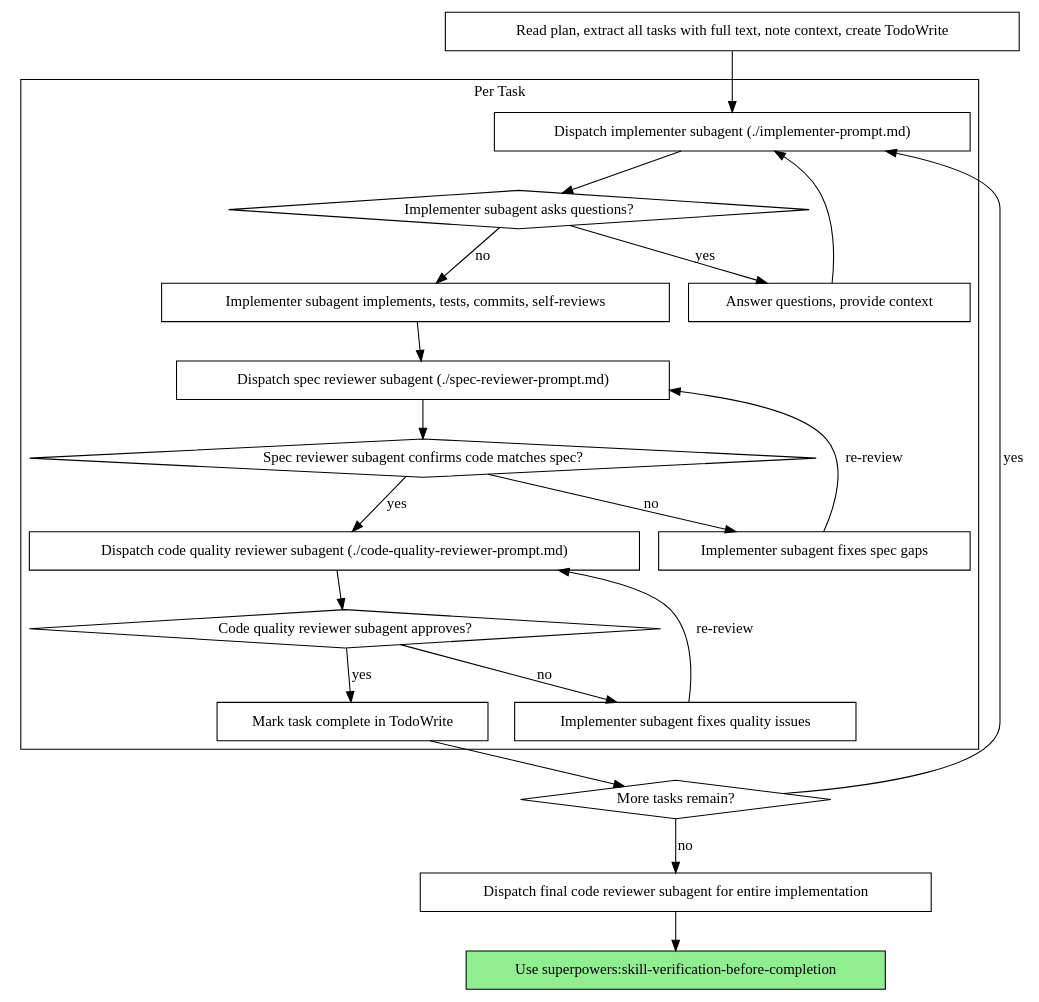
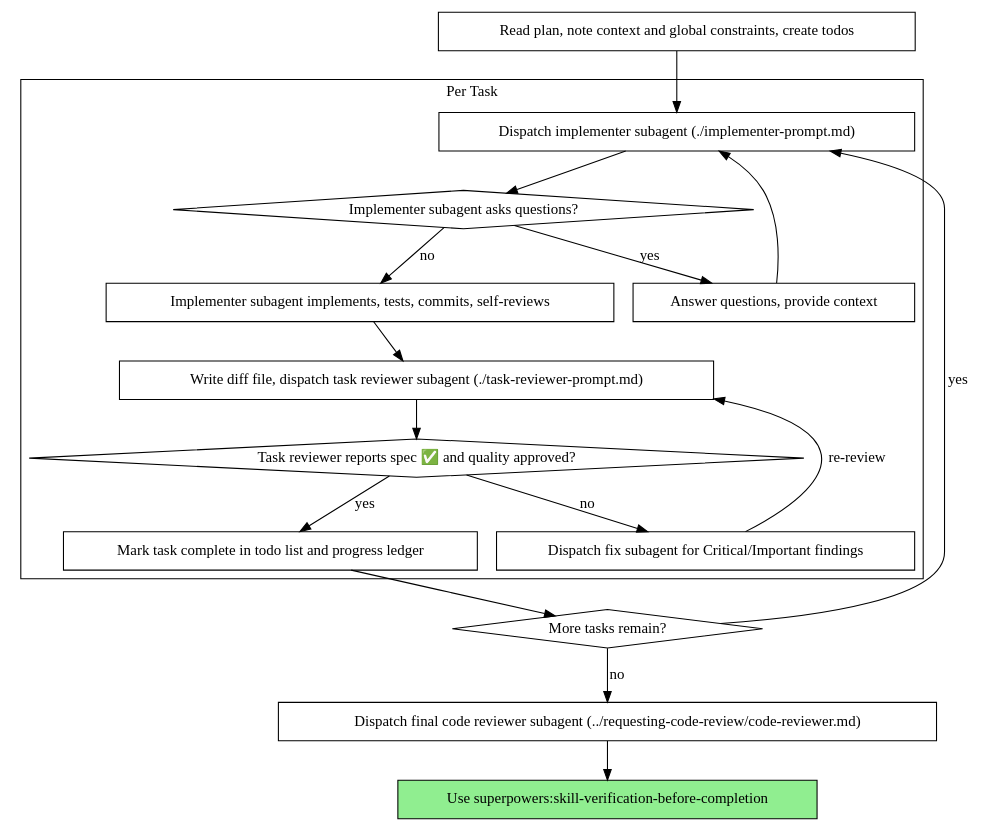
One commit to longdang193/project-OS-starter changed the second of 2 diagrams in .agents/skills/skill-subagent-driven-development/SKILL.md. Above: the diagram before and after it, drawn with Graphviz. The commit also changed other lines of this file and 210 other files, not shown here.

````diff
--- a/.agents/skills/skill-subagent-driven-development/SKILL.md
+++ b/.agents/skills/skill-subagent-driven-development/SKILL.md
@@ -55,44 +58,37 @@
 ```dot
 digraph process {
     rankdir=TB;
 
     subgraph cluster_per_task {
         label="Per Task";
         "Dispatch implementer subagent (./implementer-prompt.md)" [shape=box];
         "Implementer subagent asks questions?" [shape=diamond];
         "Answer questions, provide context" [shape=box];
         "Implementer subagent implements, tests, commits, self-reviews" [shape=box];
-        "Dispatch spec reviewer subagent (./spec-reviewer-prompt.md)" [shape=box];
-        "Spec reviewer subagent confirms code matches spec?" [shape=diamond];
-        "Implementer subagent fixes spec gaps" [shape=box];
-        "Dispatch code quality reviewer subagent (./code-quality-reviewer-prompt.md)" [shape=box];
-        "Code quality reviewer subagent approves?" [shape=diamond];
-        "Implementer subagent fixes quality issues" [shape=box];
-        "Mark task complete in TodoWrite" [shape=box];
+        "Write diff file, dispatch task reviewer subagent (./task-reviewer-prompt.md)" [shape=box];
+        "Task reviewer reports spec ✅ and quality approved?" [shape=diamond];
+        "Dispatch fix subagent for Critical/Important findings" [shape=box];
+        "Mark task complete in todo list and progress ledger" [shape=box];
     }
 
-    "Read plan, extract all tasks with full text, note context, create TodoWrite" [shape=box];
+    "Read plan, note context and global constraints, create todos" [shape=box];
     "More tasks remain?" [shape=diamond];
-    "Dispatch final code reviewer subagent for entire implementation" [shape=box];
+    "Dispatch final code reviewer subagent (../requesting-code-review/code-reviewer.md)" [shape=box];
     "Use superpowers:skill-verification-before-completion" [shape=box style=filled fillcolor=lightgreen];
 
-    "Read plan, extract all tasks with full text, note context, create TodoWrite" -> "Dispatch implementer subagent (./implementer-prompt.md)";
+    "Read plan, note context and global constraints, create todos" -> "Dispatch implementer subagent (./implementer-prompt.md)";
     "Dispatch implementer subagent (./implementer-prompt.md)" -> "Implementer subagent asks questions?";
     "Implementer subagent asks questions?" -> "Answer questions, provide context" [label="yes"];
     "Answer questions, provide context" -> "Dispatch implementer subagent (./implementer-prompt.md)";
     "Implementer subagent asks questions?" -> "Implementer subagent implements, tests, commits, self-reviews" [label="no"];
-    "Implementer subagent implements, tests, commits, self-reviews" -> "Dispatch spec reviewer subagent (./spec-reviewer-prompt.md)";
-    "Dispatch spec reviewer subagent (./spec-reviewer-prompt.md)" -> "Spec reviewer subagent confirms code matches spec?";
-    "Spec reviewer subagent confirms code matches spec?" -> "Implementer subagent fixes spec gaps" [label="no"];
-    "Implementer subagent fixes spec gaps" -> "Dispatch spec reviewer subagent (./spec-reviewer-prompt.md)" [label="re-review"];
-    "Spec reviewer subagent confirms code matches spec?" -> "Dispatch code quality reviewer subagent (./code-quality-reviewer-prompt.md)" [label="yes"];
-    "Dispatch code quality reviewer subagent (./code-quality-reviewer-prompt.md)" -> "Code quality reviewer subagent approves?";
-    "Code quality reviewer subagent approves?" -> "Implementer subagent fixes quality issues" [label="no"];
-    "Implementer subagent fixes quality issues" -> "Dispatch code quality reviewer subagent (./code-quality-reviewer-prompt.md)" [label="re-review"];
-    "Code quality reviewer subagent approves?" -> "Mark task complete in TodoWrite" [label="yes"];
-    "Mark task complete in TodoWrite" -> "More tasks remain?";
+    "Implementer subagent implements, tests, commits, self-reviews" -> "Write diff file, dispatch task reviewer subagent (./task-reviewer-prompt.md)";
+    "Write diff file, dispatch task reviewer subagent (./task-reviewer-prompt.md)" -> "Task reviewer reports spec ✅ and quality approved?";
+    "Task reviewer reports spec ✅ and quality approved?" -> "Dispatch fix subagent for Critical/Important findings" [label="no"];
+    "Dispatch fix subagent for Critical/Important findings" -> "Write diff file, dispatch task reviewer subagent (./task-reviewer-prompt.md)" [label="re-review"];
+    "Task reviewer reports spec ✅ and quality approved?" -> "Mark task complete in todo list and progress ledger" [label="yes"];
+    "Mark task complete in todo list and progress ledger" -> "More tasks remain?";
     "More tasks remain?" -> "Dispatch implementer subagent (./implementer-prompt.md)" [label="yes"];
-    "More tasks remain?" -> "Dispatch final code reviewer subagent for entire implementation" [label="no"];
-    "Dispatch final code reviewer subagent for entire implementation" -> "Use superpowers:skill-verification-before-completion";
+    "More tasks remain?" -> "Dispatch final code reviewer subagent (../requesting-code-review/code-reviewer.md)" [label="no"];
+    "Dispatch final code reviewer subagent (../requesting-code-review/code-reviewer.md)" -> "Use superpowers:skill-verification-before-completion";
 }
 ```
````
